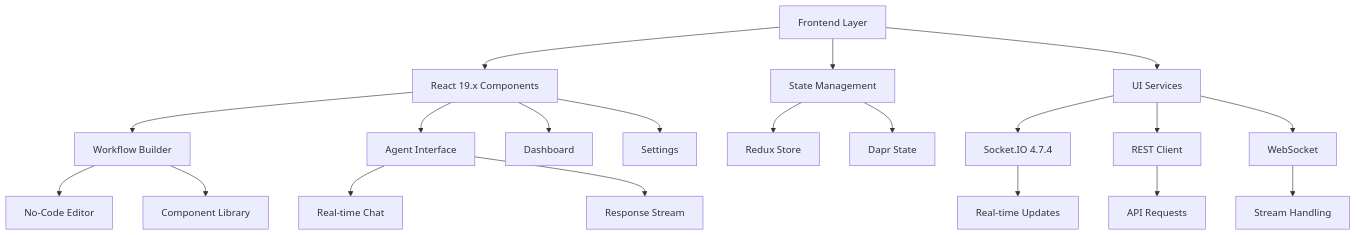
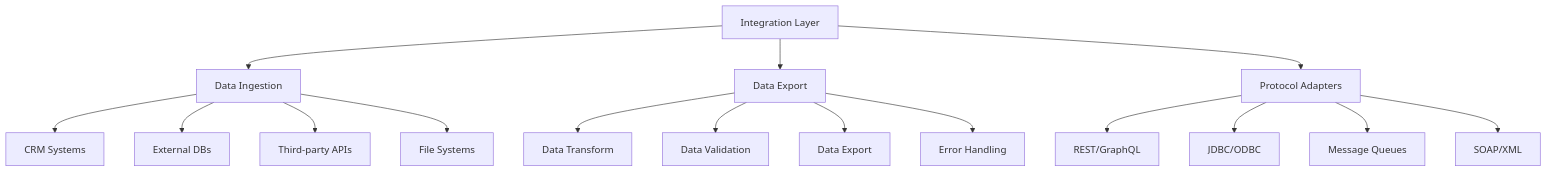
The fourth of 7 diagrams in IMPLEMENTATION.md (jihadajUAEU/bluemeshv2), drawn with Mermaid before and after one commit. The commit also changed other lines of this file and 1 other file, not shown here.

Commit message:
Enhance README.md with detailed Integration Layer architecture, security features, and Keycloak configuration instructions

````diff
--- a/IMPLEMENTATION.md
+++ b/IMPLEMENTATION.md
@@ -152,28 +158,21 @@
 ```mermaid
 graph TD
-    A[Frontend Layer] --> B[React 19.x Components]
-    A --> C[State Management]
-    A --> D[UI Services]
-    
-    B --> E[Workflow Builder]
-    B --> F[Agent Interface]
-    B --> G[Dashboard]
-    B --> H[Settings]
-    
-    C --> I[Redux Store]
-    C --> J[Dapr State]
-    
-    D --> K[Socket.IO 4.7.4]
-    D --> L[REST Client]
-    D --> M[WebSocket]
-    
-    E --> N[No-Code Editor]
-    E --> O[Component Library]
-    
-    F --> P[Real-time Chat]
-    F --> Q[Response Stream]
-    
-    K --> R[Real-time Updates]
-    L --> S[API Requests]
-    M --> T[Stream Handling]
+    A[Integration Layer] --> B[Data Ingestion]
+    A --> C[Data Export]
+    A --> D[Protocol Adapters]
+
+    B --> E[CRM Systems]
+    B --> F[External DBs]
+    B --> G[Third-party APIs]
+    B --> H[File Systems]
+
+    C --> I[Data Transform]
+    C --> J[Data Validation]
+    C --> K[Data Export]
+    C --> L[Error Handling]
+
+    D --> M[REST/GraphQL]
+    D --> N[JDBC/ODBC]
+    D --> O[Message Queues]
+    D --> P[SOAP/XML]
 ```
````
